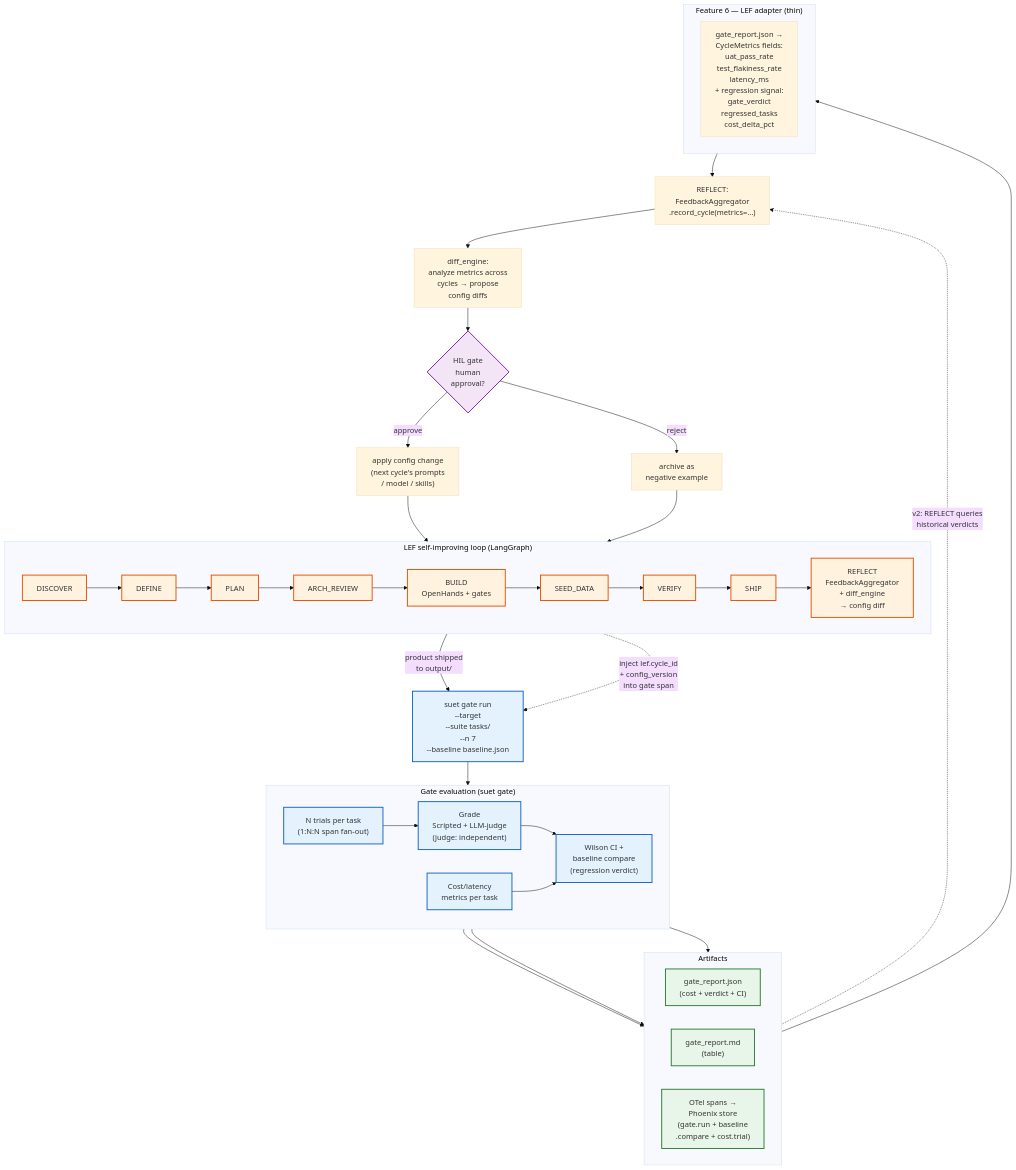
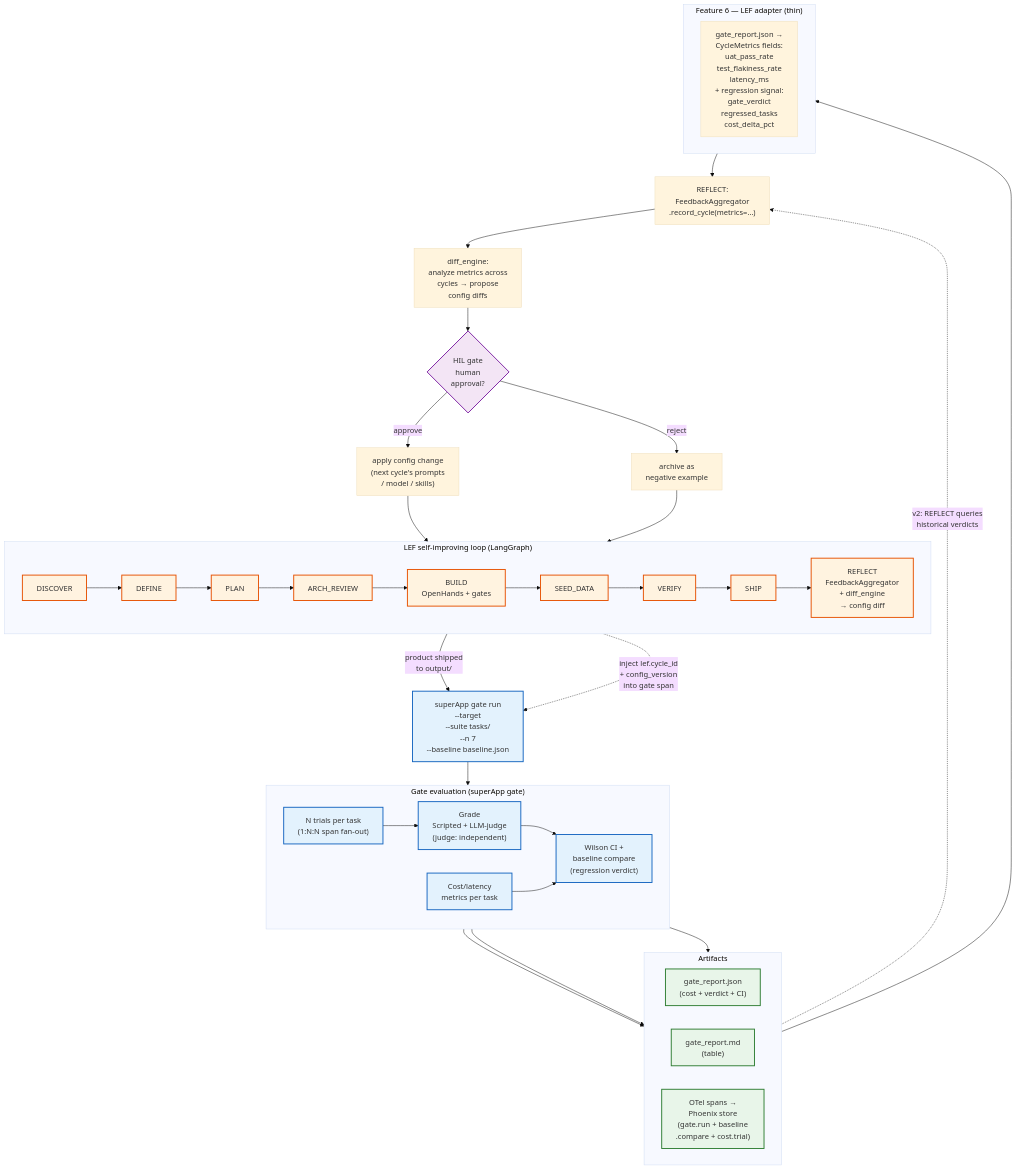
One commit to terrygzhou/super-eval-test changed the diagram in docs/diagrams/gate-reflect-closed-loop.mmd. Above: the diagram before and after it, drawn with Mermaid (base theme). The commit also changed 14 other files, not shown here.

```diff
--- a/docs/diagrams/gate-reflect-closed-loop.mmd
+++ b/docs/diagrams/gate-reflect-closed-loop.mmd
@@ -1,71 +1,71 @@
 %% ============================================================================
 %% Closed-loop self-improvement: LEF cycle → gate → REFLECT → next cycle
 %% ============================================================================
 %% The evaluation outcome feeds back into LEF's REFLECT node so the next
 %% iteration of the loop is informed by statistically-gated evaluation.
 %% ============================================================================
 
 flowchart TB
     subgraph LEF["LEF self-improving loop (LangGraph)"]
         direction LR
         DISCOVER["DISCOVER"] --> DEFINE["DEFINE"] --> PLAN["PLAN"]
         PLAN --> ARCH["ARCH_REVIEW"]
         ARCH --> BUILD["BUILD\nOpenHands + gates"]
         BUILD --> SEED["SEED_DATA"] --> VERIFY["VERIFY"]
         VERIFY --> SHIP["SHIP"] --> REFLECT["REFLECT\nFeedbackAggregator\n+ diff_engine\n→ config diff"]
     end
 
-    SHIP -->|"product shipped\nto output/"| GATE["suet gate run\n--target <shipped>\n--suite tasks/\n--n 7\n--baseline baseline.json"]
+    SHIP -->|"product shipped\nto output/"| GATE["superApp gate run\n--target <shipped>\n--suite tasks/\n--n 7\n--baseline baseline.json"]
 
-    subgraph GATEPHASE["Gate evaluation (suet gate)"]
+    subgraph GATEPHASE["Gate evaluation (superApp gate)"]
         direction LR
         TRIALS["N trials per task\n(1:N:N span fan-out)"]
         GRADE["Grade\nScripted + LLM-judge\n(judge: independent)"]
         WILSON["Wilson CI +\nbaseline compare\n(regression verdict)"]
         CMETRIC["Cost/latency\nmetrics per task"]
         TRIALS --> GRADE --> WILSON
         CMETRIC --> WILSON
     end
 
     GATE --> GATEPHASE
 
     subgraph ART["Artifacts"]
         direction LR
         RPTJSON["gate_report.json\n(cost + verdict + CI)"]
         MD["gate_report.md\n(table)"]
         PHX["OTel spans →\nPhoenix store\n(gate.run + baseline\n.compare + cost.trial)"]
     end
 
     GATEPHASE --> RPTJSON & MD & PHX
 
     subgraph ADAPT["Feature 6 — LEF adapter (thin)"]
         direction LR
         ADAPTER["gate_report.json →\nCycleMetrics fields:\n  uat_pass_rate\n  test_flakiness_rate\n  latency_ms\n+ regression signal:\n  gate_verdict\n  regressed_tasks\n  cost_delta_pct"]
     end
 
     RPTJSON --> ADAPTER
     ADAPTER --> RECORDSTEP["REFLECT:\nFeedbackAggregator\n.record_cycle(metrics=…)"]
     RECORDSTEP --> CONFIGDIFF["diff_engine:\nanalyze metrics across\ncycles → propose\nconfig diffs"]
     CONFIGDIFF --> HIL{"HIL gate\nhuman\napproval?"}
     HIL -->|"approve"| APPLY["apply config change\n(next cycle's prompts\n/ model / skills)"]
     HIL -->|"reject"| ARCHIVE["archive as\nnegative example"]
     APPLY --> DISCOVER
     ARCHIVE --> DISCOVER
 
     %% Phoenix read path (feature 6, v2)
     PHX -. "v2: REFLECT queries\nhistorical verdicts" .-> RECORDSTEP
 
     %% Cross-project trace linking (feature 7)
     REFLECT -. "inject lef.cycle_id\n+ config_version\ninto gate span" .-> GATE
 
     %% styling
     classDef lef fill:#fff3e0,stroke:#e65100,stroke-width:2px
     classDef gate fill:#e3f2fd,stroke:#1565c0,stroke-width:2px
     classDef art fill:#e8f5e9,stroke:#2e7d32,stroke-width:2px
     classDef adapt fill:#fffde7,stroke:#f57f17,stroke-width:2px
     classDef hil fill:#f3e5f5,stroke:#7b1fa2,stroke-width:2px
 
     class DISCOVER,DEFINE,PLAN,ARCH,BUILD,SEED,VERIFY,SHIP,REFLECT lef
     class GATE,TRIALS,GRADE,WILSON,CMETRIC gate
     class RPTJSON,MD,PHX art
     class HIL hil
```
